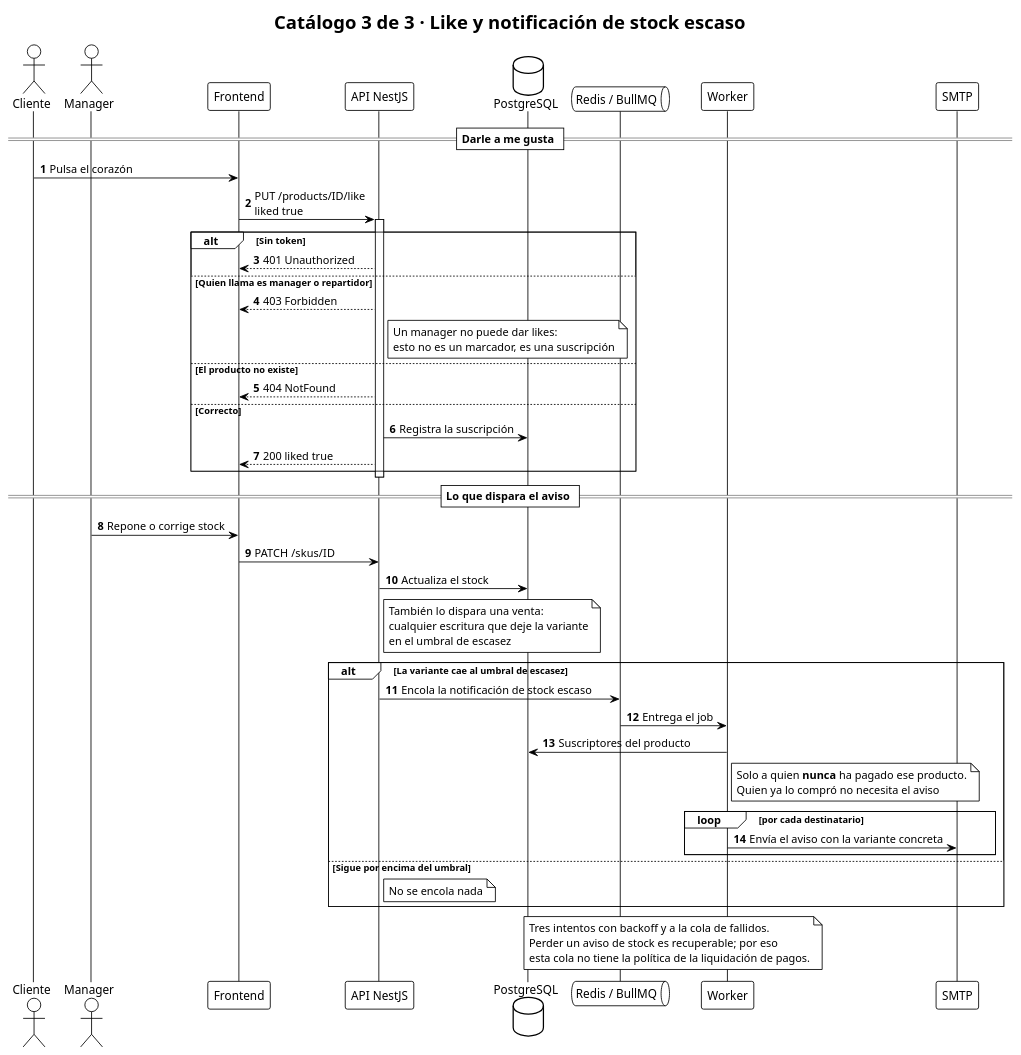
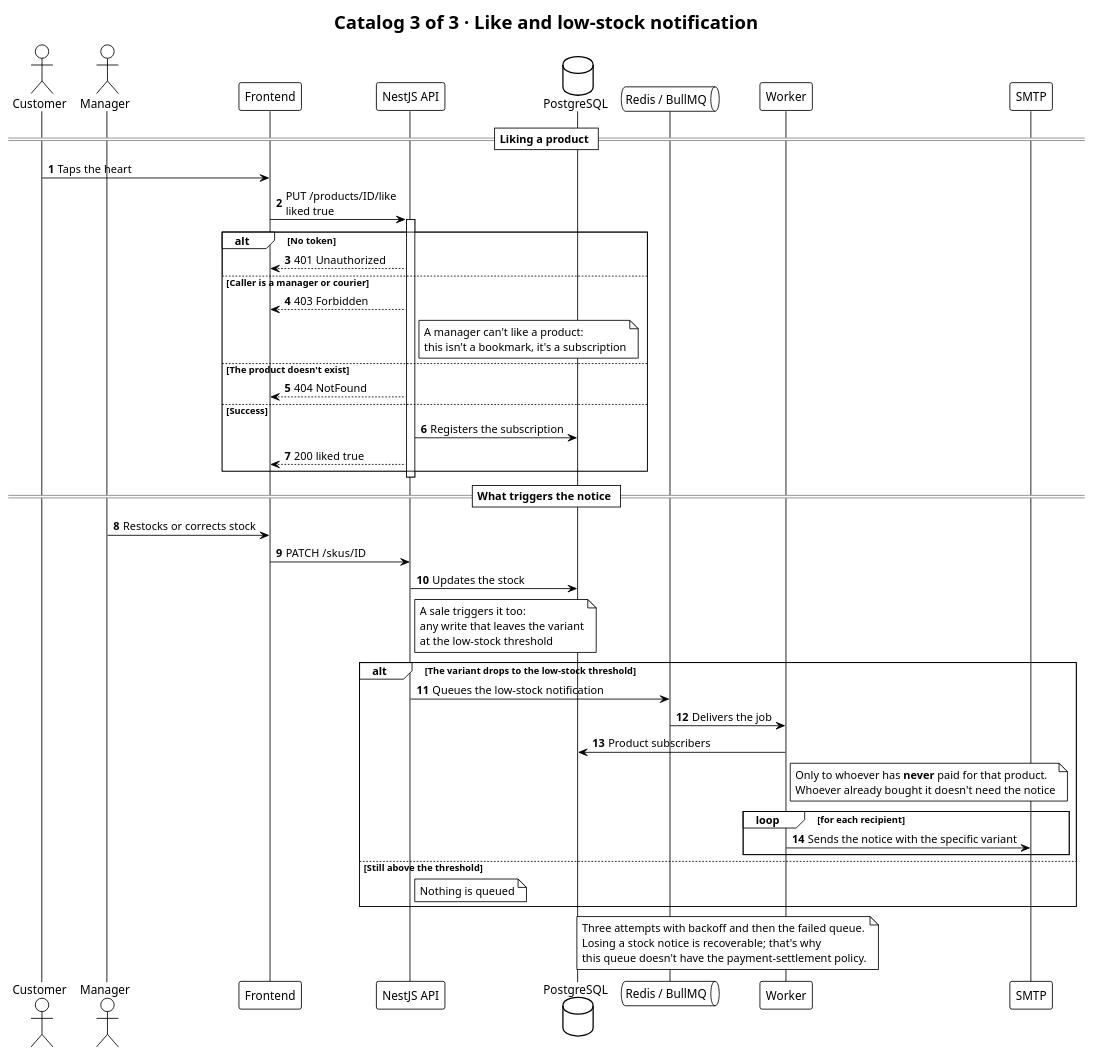
The diagram in docs/flows/06-like-and-stock-notification.puml (fabianespinoza-ravn/tshirt-store-api), drawn with PlantUML before and after one commit. The commit also changed 10 other files, not shown here.

First line of the commit message:
docs(flows): translate PlantUML diagram content to English

```diff
--- a/docs/flows/06-like-and-stock-notification.puml
+++ b/docs/flows/06-like-and-stock-notification.puml
@@ -1,57 +1,57 @@
 @startuml
 !theme plain
-title Catálogo 3 de 3 · Like y notificación de stock escaso
+title Catalog 3 of 3 · Like and low-stock notification
 autonumber
 skinparam responseMessageBelowArrow true
 
-actor "Cliente" as U
+actor "Customer" as U
 actor "Manager" as MG
 participant "Frontend" as F
-participant "API NestJS" as A
+participant "NestJS API" as A
 database "PostgreSQL" as DB
 queue "Redis / BullMQ" as Q
 participant "Worker" as W
 participant "SMTP" as M
 
-== Darle a me gusta ==
-U -> F : Pulsa el corazón
+== Liking a product ==
+U -> F : Taps the heart
 F -> A : PUT /products/ID/like\nliked true
 activate A
-alt Sin token
+alt No token
   A --> F : 401 Unauthorized
-else Quien llama es manager o repartidor
+else Caller is a manager or courier
   A --> F : 403 Forbidden
-  note right of A : Un manager no puede dar likes:\nesto no es un marcador, es una suscripción
-else El producto no existe
+  note right of A : A manager can't like a product:\nthis isn't a bookmark, it's a subscription
+else The product doesn't exist
   A --> F : 404 NotFound
-else Correcto
-  A -> DB : Registra la suscripción
+else Success
+  A -> DB : Registers the subscription
   A --> F : 200 liked true
 end
 deactivate A
 
-== Lo que dispara el aviso ==
-MG -> F : Repone o corrige stock
+== What triggers the notice ==
+MG -> F : Restocks or corrects stock
 F -> A : PATCH /skus/ID
-A -> DB : Actualiza el stock
-note right of A : También lo dispara una venta:\ncualquier escritura que deje la variante\nen el umbral de escasez
+A -> DB : Updates the stock
+note right of A : A sale triggers it too:\nany write that leaves the variant\nat the low-stock threshold
 
-alt La variante cae al umbral de escasez
-  A -> Q : Encola la notificación de stock escaso
-  Q -> W : Entrega el job
-  W -> DB : Suscriptores del producto
-  note right of W : Solo a quien **nunca** ha pagado ese producto.\nQuien ya lo compró no necesita el aviso
-  loop por cada destinatario
-    W -> M : Envía el aviso con la variante concreta
+alt The variant drops to the low-stock threshold
+  A -> Q : Queues the low-stock notification
+  Q -> W : Delivers the job
+  W -> DB : Product subscribers
+  note right of W : Only to whoever has **never** paid for that product.\nWhoever already bought it doesn't need the notice
+  loop for each recipient
+    W -> M : Sends the notice with the specific variant
   end
-else Sigue por encima del umbral
-  note right of A : No se encola nada
+else Still above the threshold
+  note right of A : Nothing is queued
 end
 
 note over Q, W
-  Tres intentos con backoff y a la cola de fallidos.
-  Perder un aviso de stock es recuperable; por eso
-  esta cola no tiene la política de la liquidación de pagos.
+  Three attempts with backoff and then the failed queue.
+  Losing a stock notice is recoverable; that's why
+  this queue doesn't have the payment-settlement policy.
 end note
 
 @enduml
```
